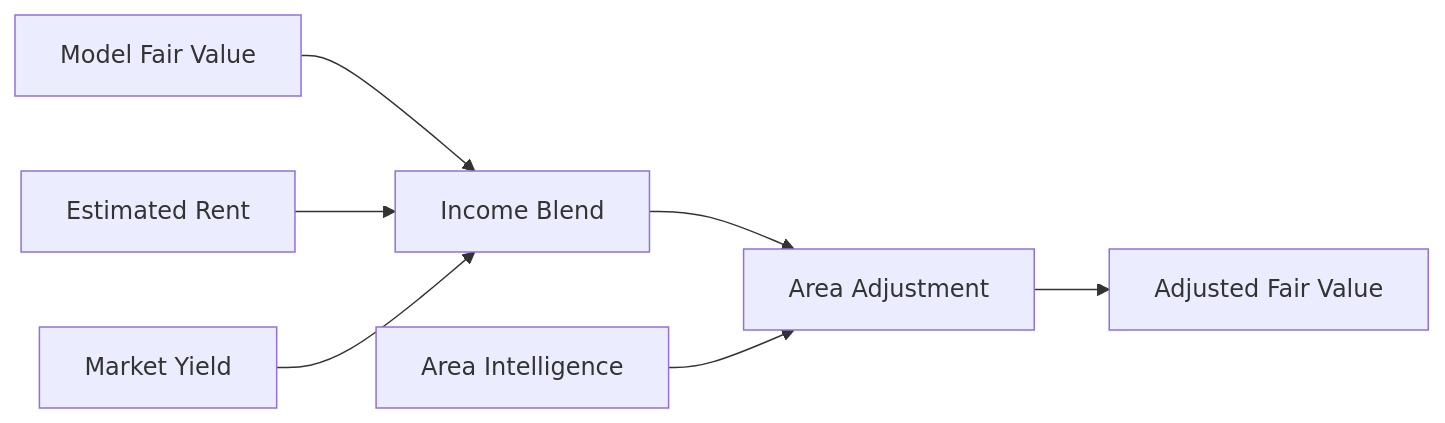
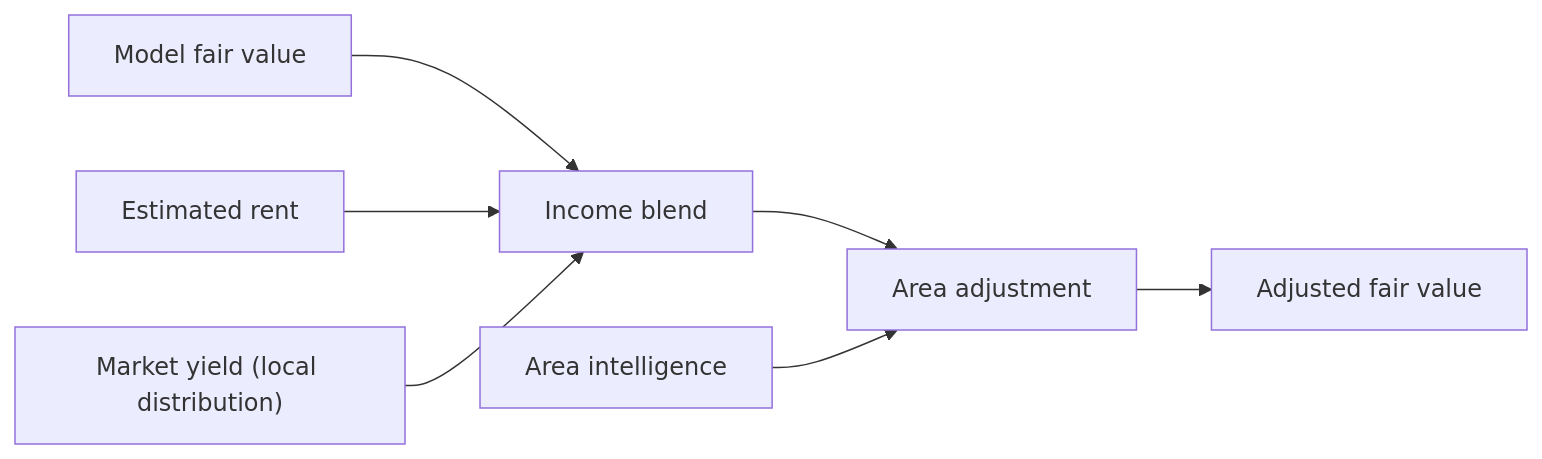
Before and after one commit to Nirtzur0/PropertyScanner: the second of 2 diagrams in docs/03_model_architecture.md, drawn with Mermaid. The commit also changed other lines of this file and 68 other files, not shown here.

````diff
--- a/docs/03_model_architecture.md
+++ b/docs/03_model_architecture.md
@@ -90,9 +100,9 @@
 ```mermaid
 flowchart LR
-    Base["Model Fair Value"] --> Blend["Income Blend"]
-    Rent["Estimated Rent"] --> Blend
-    Yield["Market Yield"] --> Blend
-    Blend --> AreaAdj["Area Adjustment"]
-    Area["Area Intelligence"] --> AreaAdj
-    AreaAdj --> Final["Adjusted Fair Value"]
+    Base["Model fair value"] --> Blend["Income blend"]
+    Rent["Estimated rent"] --> Blend
+    Yield["Market yield (local distribution)"] --> Blend
+    Blend --> AreaAdj["Area adjustment"]
+    Area["Area intelligence"] --> AreaAdj
+    AreaAdj --> Final["Adjusted fair value"]
 ```
````
